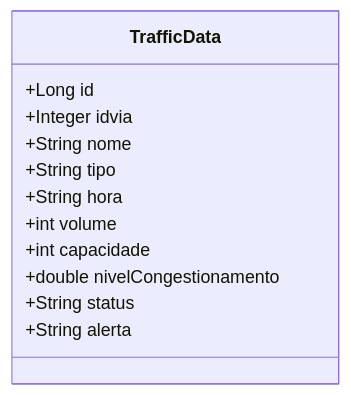
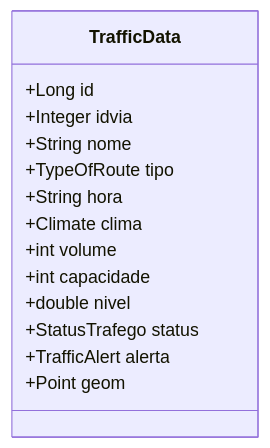
The second of 2 diagrams in docs/api.md (No-Country-simulation/S03-26-Equipe-26-Web-App-Development), drawn with Mermaid before and after one commit. The commit also changed other lines of this file and 4 other files, not shown here.

````diff
--- a/docs/api.md
+++ b/docs/api.md
@@ -142,15 +125,17 @@
 ```mermaid
 classDiagram
     class TrafficData {
         +Long id
         +Integer idvia
         +String nome
-        +String tipo
+        +TypeOfRoute tipo
         +String hora
+        +Climate clima
         +int volume
         +int capacidade
-        +double nivelCongestionamento
-        +String status
-        +String alerta
+        +double nivel
+        +StatusTrafego status
+        +TrafficAlert alerta
+        +Point geom
     }
 ```
````
